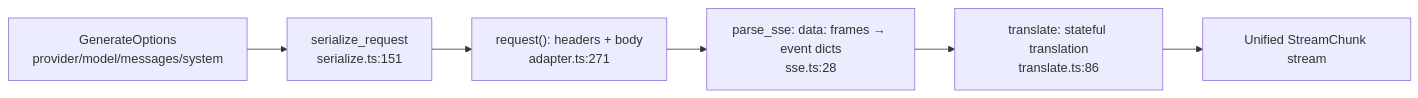
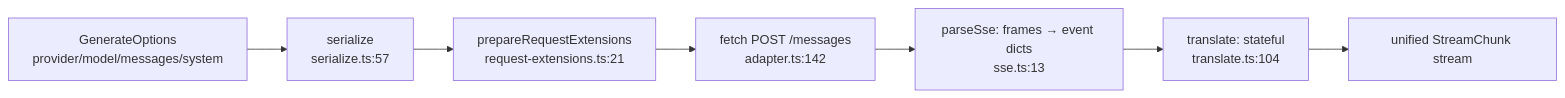
Before and after one commit to ChenYu1991ppak/deepseek-harness-anatomy: the third of 5 diagrams in ch07/ch07-llm-adaptation-streaming_en.md, drawn with Mermaid. The commit also changed other lines of this file and 124 other files, not shown here.

````diff
--- a/ch07/ch07-llm-adaptation-streaming_en.md
+++ b/ch07/ch07-llm-adaptation-streaming_en.md
@@ -278,8 +289,9 @@
 ```mermaid
 flowchart LR
-    OPT["GenerateOptions<br/>provider/model/messages/system"] --> SER["serialize_request<br/>serialize.ts:151"]
-    SER --> REQ["request(): headers + body<br/>adapter.ts:271"]
-    REQ --> SSE["parse_sse: data: frames → event dicts<br/>sse.ts:28"]
-    SSE --> TR["translate: stateful translation<br/>translate.ts:86"]
-    TR --> OUT["Unified StreamChunk stream"]
+    OPT["GenerateOptions<br/>provider/model/messages/system"] --> SER["serialize<br/>serialize.ts:57"]
+    SER --> EXT["prepareRequestExtensions<br/>request-extensions.ts:21"]
+    EXT --> REQ["fetch POST /messages<br/>adapter.ts:142"]
+    REQ --> SSE["parseSse: frames → event dicts<br/>sse.ts:13"]
+    SSE --> TR["translate: stateful<br/>translate.ts:104"]
+    TR --> OUT["unified StreamChunk stream"]
 ```
````
